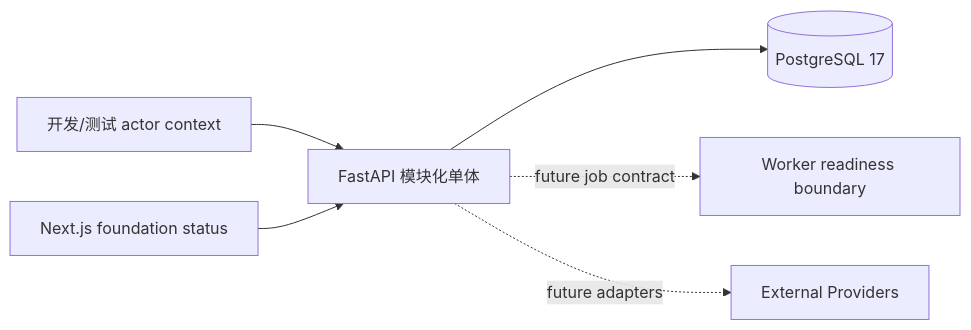
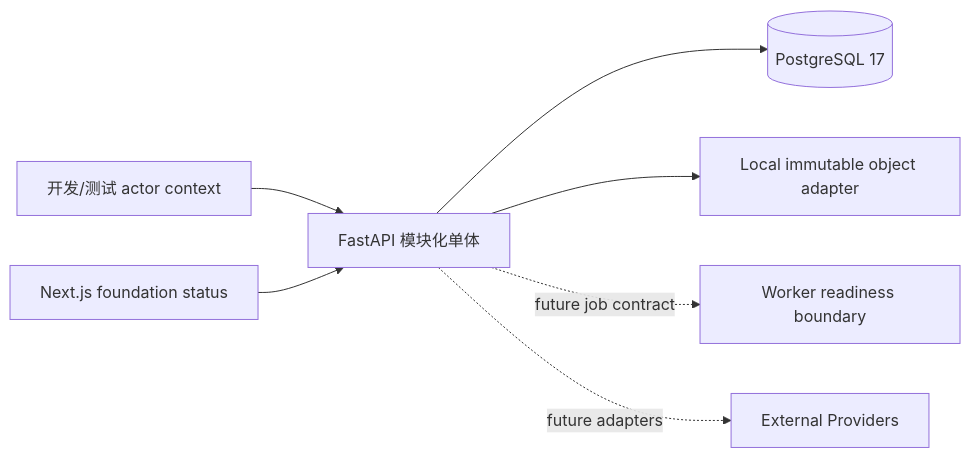
Before and after one commit to Eric-Cqc/ai-video-preproduction-agent: the diagram in docs/architecture/system-context.md, drawn with Mermaid. The commit also changed other lines of this file and 24 other files, not shown here.

````diff
--- a/docs/architecture/system-context.md
+++ b/docs/architecture/system-context.md
@@ -5,8 +5,9 @@
 ```mermaid
 flowchart LR
   U[开发/测试 actor context] --> A[FastAPI 模块化单体]
   W[Next.js foundation status] --> A
   A --> D[(PostgreSQL 17)]
+  A --> S[Local immutable object adapter]
   A -. future job contract .-> J[Worker readiness boundary]
   A -. future adapters .-> P[External Providers]
 ```
````
